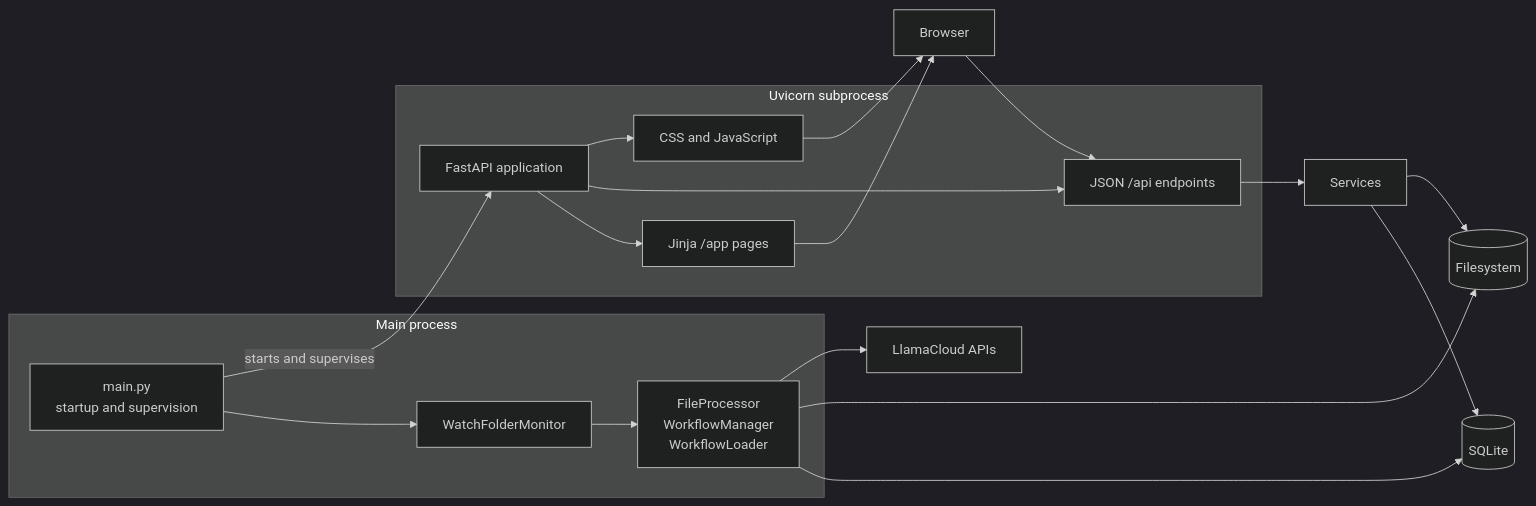
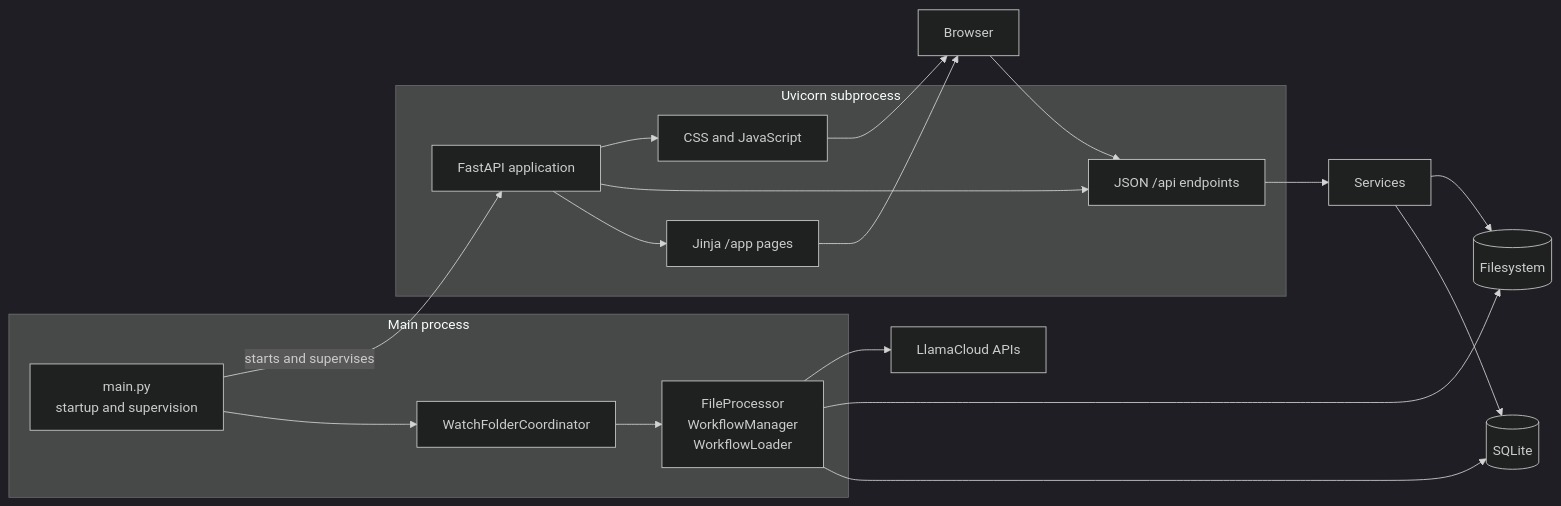
The first of 5 diagrams in docs/design_architecture.md (bpsong/pdfdoc_extraction), drawn with Mermaid (dark theme) before and after one commit. The commit also changed other lines of this file and 36 other files, not shown here.

````diff
--- a/docs/design_architecture.md
+++ b/docs/design_architecture.md
@@ -64,29 +64,29 @@
 ```mermaid
 flowchart LR
     subgraph Parent["Main process"]
         Main["main.py<br/>startup and supervision"]
-        Watch["WatchFolderMonitor"]
+        Watch["WatchFolderCoordinator"]
         Runner["FileProcessor<br/>WorkflowManager<br/>WorkflowLoader"]
         Main --> Watch --> Runner
     end
 
     subgraph Web["Uvicorn subprocess"]
         App["FastAPI application"]
         Pages["Jinja /app pages"]
         APIs["JSON /api endpoints"]
         Assets["CSS and JavaScript"]
         App --> Pages
         App --> APIs
         App --> Assets
     end
 
     Main -->|starts and supervises| App
     Runner --> DB[(SQLite)]
     APIs --> Services["Services"] --> DB
     Runner --> Files[(Filesystem)]
     Services --> Files
     Runner --> Provider["LlamaCloud APIs"]
     Pages --> Browser["Browser"]
     Assets --> Browser
     Browser --> APIs
 ```
````
